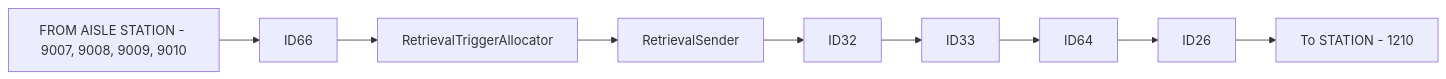
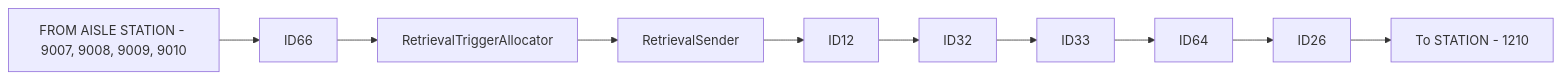
The first of 10 diagrams in Basic-Design/DFD-WMS/Retrieval/Stacked-Empty-Pallet.md (luthfiadityaa/SimeDarby-Wiki), drawn with Mermaid before and after one commit.

Commit message:
Updated Stacked Empty Pallet

```diff
--- a/Basic-Design/DFD-WMS/Retrieval/Stacked-Empty-Pallet.md
+++ b/Basic-Design/DFD-WMS/Retrieval/Stacked-Empty-Pallet.md
@@ -8,5 +8,5 @@
 ::: mermaid
 flowchart LR
   
-P1[FROM AISLE STATION - 9007, 9008, 9009, 9010]-->P2[ID66]-->P3[RetrievalTriggerAllocator]-->P4[RetrievalSender]-->P5[ID32]-->P6[ID33]-->P7[ID64]-->P9[ID26]-->P10[To STATION - 1210] 
+P1[FROM AISLE STATION - 9007, 9008, 9009, 9010]-->P2[ID66]-->P3[RetrievalTriggerAllocator]-->P4[RetrievalSender]-->P41[ID12]-->P5[ID32]-->P6[ID33]-->P7[ID64]-->P9[ID26]-->P10[To STATION - 1210] 
 :::
```
